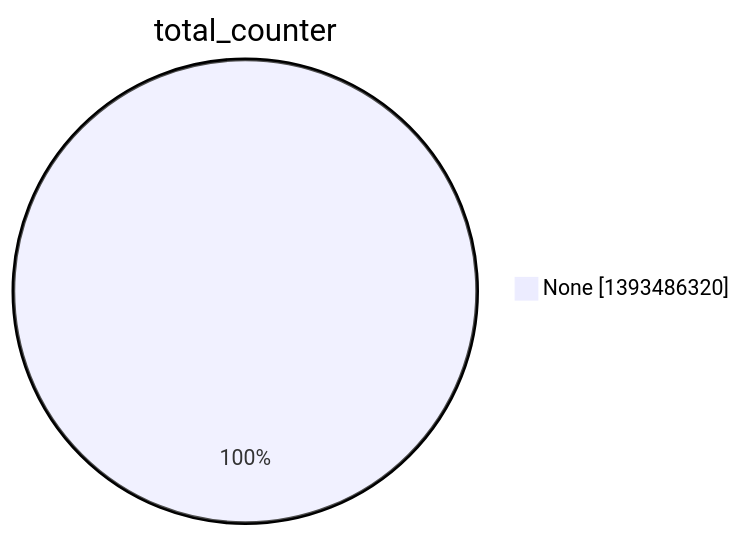
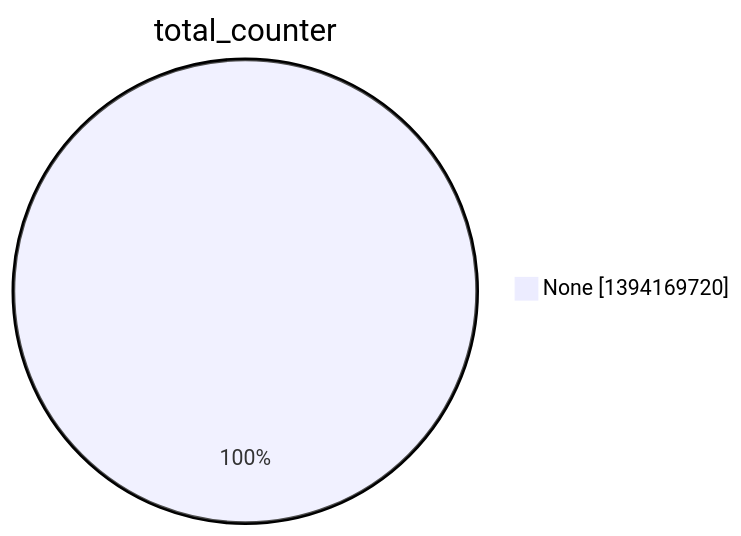
Before and after one commit to christiankrug/ctmonitor_visualization: the second of 15 diagrams in argon2022/README.md, drawn with Mermaid. The commit also changed other lines of this file, not shown here.

````diff
--- a/argon2022/README.md
+++ b/argon2022/README.md
@@ -9,5 +9,5 @@
 ```mermaid
 pie showData
 title total_counter
-"None" :1393486320
+"None" :1394169720
 ```
````
